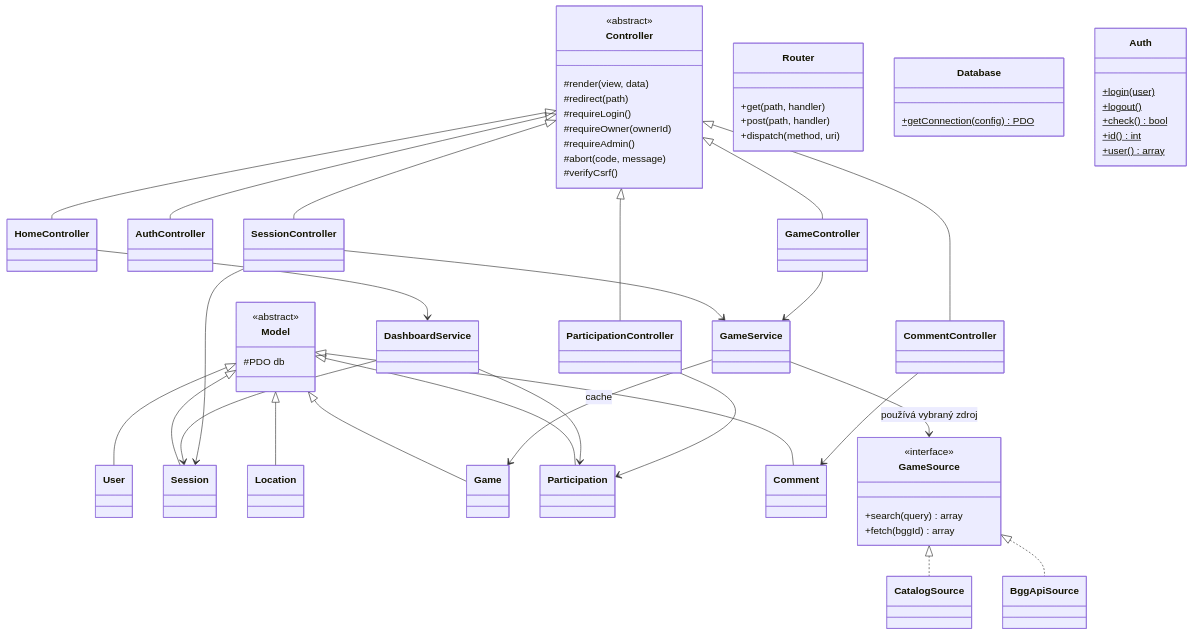
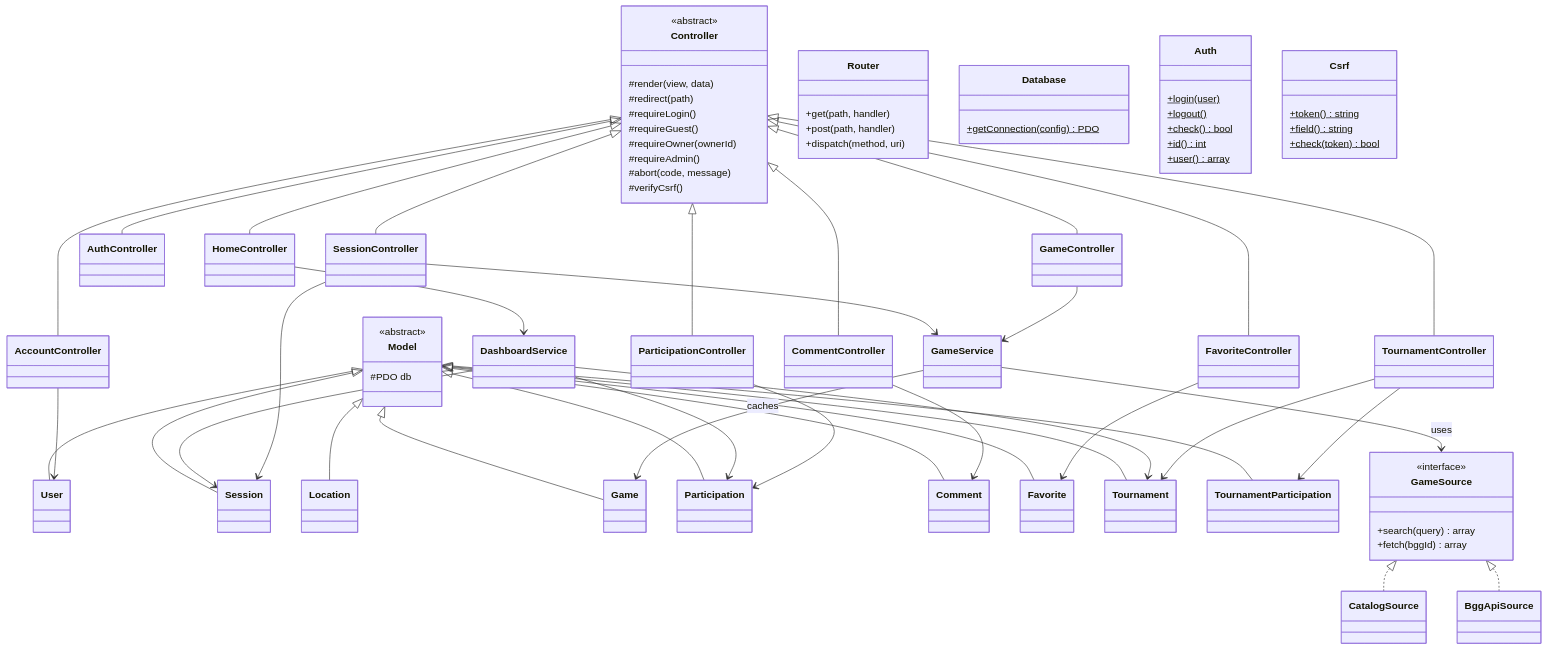
The second of 2 diagrams in docs/architecture.md (janvrzal/meeple-up), drawn with Mermaid before and after one commit. The commit also changed other lines of this file and 21 other files, not shown here.

````diff
--- a/docs/architecture.md
+++ b/docs/architecture.md
@@ -46,6 +51,7 @@
         #render(view, data)
         #redirect(path)
         #requireLogin()
+        #requireGuest()
         #requireOwner(ownerId)
         #requireAdmin()
         #abort(code, message)
@@ -70,6 +76,11 @@
         +id() int$
         +user() array$
     }
+    class Csrf {
+        +token() string$
+        +field() string$
+        +check(token) bool$
+    }
 
     Controller <|-- HomeController
     Controller <|-- AuthController
@@ -77,6 +88,9 @@
     Controller <|-- ParticipationController
     Controller <|-- CommentController
     Controller <|-- GameController
+    Controller <|-- AccountController
+    Controller <|-- FavoriteController
+    Controller <|-- TournamentController
 
     Model <|-- User
     Model <|-- Session
@@ -84,6 +98,9 @@
     Model <|-- Game
     Model <|-- Participation
     Model <|-- Comment
+    Model <|-- Favorite
+    Model <|-- Tournament
+    Model <|-- TournamentParticipation
 
     class GameSource {
         <<interface>>
@@ -92,10 +109,12 @@
     }
     GameSource <|.. CatalogSource
     GameSource <|.. BggApiSource
-    GameService --> GameSource : používá vybraný zdroj
-    GameService --> Game : cache
+    GameService --> GameSource : uses
+    GameService --> Game : caches
+
     DashboardService --> Session
     DashboardService --> Participation
+    DashboardService --> Tournament
 
     SessionController --> Session
     SessionController --> GameService
@@ -103,4 +122,8 @@
     CommentController --> Comment
     GameController --> GameService
     HomeController --> DashboardService
+    FavoriteController --> Favorite
+    AccountController --> User
+    TournamentController --> Tournament
+    TournamentController --> TournamentParticipation
 ```
````
